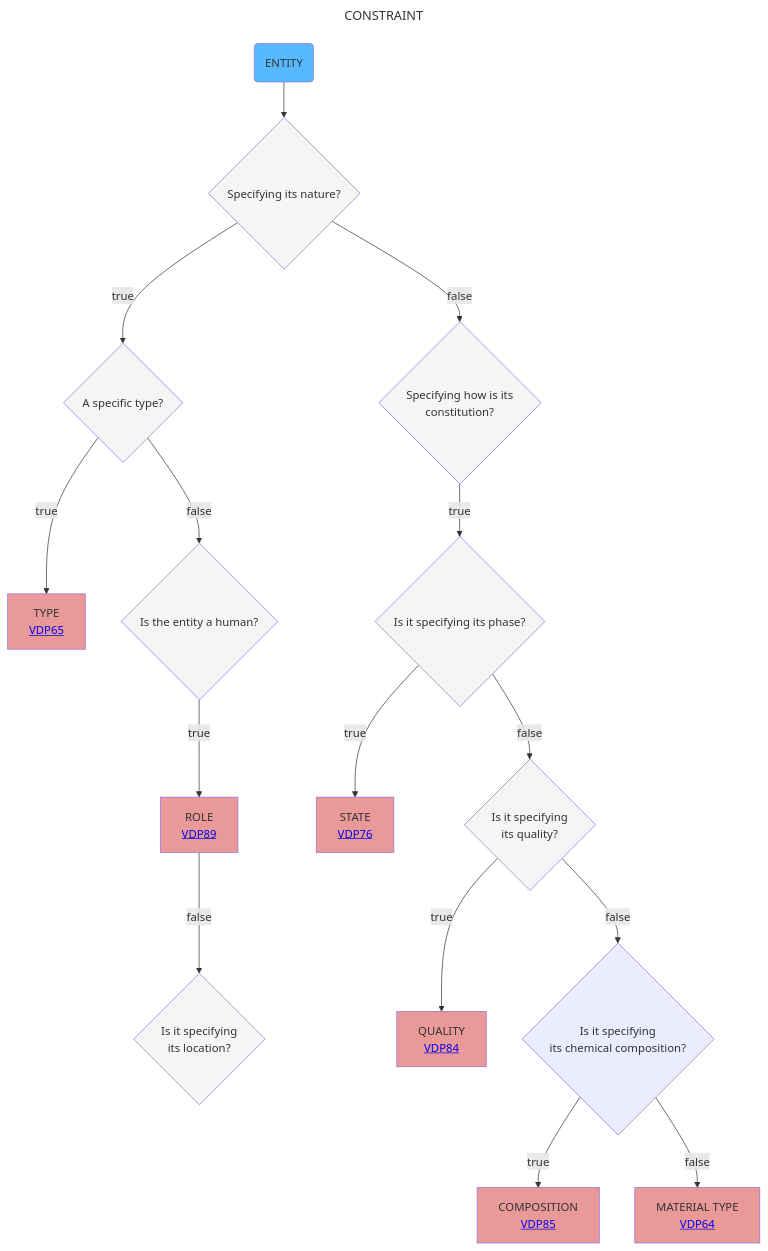
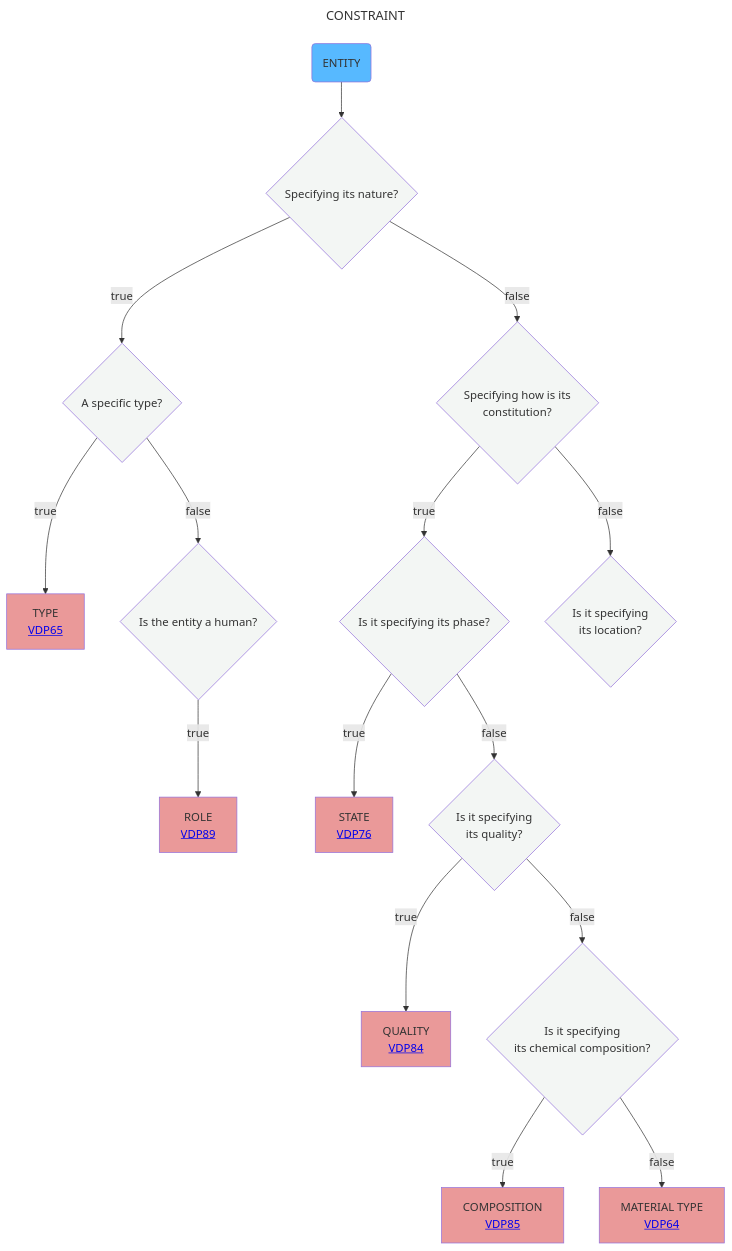
The diagram in Decisition_trees/DT8.mmd (mabablue/I-ADOPT-patterns-playground), drawn with Mermaid before and after one commit.

```diff
--- a/Decisition_trees/DT8.mmd
+++ b/Decisition_trees/DT8.mmd
@@ -1,24 +1,24 @@
 ---
 title: CONSTRAINT
 ---
 flowchart TD
     A(ENTITY):::satblue  --> AB{Specifying its nature?}:::white
     AB --> |true|B{A specific type?}:::white
     AB --> |false|E{Specifying how is its <br> constitution?}:::white
     B --> |true|C[TYPE <br> <a href='https://github.com/mabablue/I-ADOPT-patterns-playground/blob/main/pattern/VDP65.yaml'>VDP65</a>]:::rose
     B --> |false|D{Is the entity a human?}:::white
     D --> |true|F[ROLE <br> <a href='https://github.com/mabablue/I-ADOPT-patterns-playground/blob/main/pattern/VDP89.yaml'>VDP89</a>]:::rose
     E --> |true|G{Is it specifying its phase?}:::white
-    F --> |false|R{Is it specifying <br> its location?}:::white
+    E --> |false|R{Is it specifying <br> its location?}:::white
     G --> |true|H[STATE <br> <a href='https://github.com/mabablue/I-ADOPT-patterns-playground/blob/main/pattern/VDP76.yaml'>VDP76</a>]:::rose
     G --> |false|I{Is it specifying <br> its quality?}:::white
     I --> |true|K[QUALITY <br> <a href='https://github.com/mabablue/I-ADOPT-patterns-playground/blob/main/pattern/VDP84.yaml'>VDP84</a>]:::rose
-    I --> |false|L{Is it specifying <br> its chemical composition?}
+    I --> |false|L{Is it specifying <br> its chemical composition?}:::white
     L --> |true|M[COMPOSITION <br> <a href='https://github.com/mabablue/I-ADOPT-patterns-playground/blob/main/pattern/VDP85.yaml'>VDP85</a>]:::rose
     L --> |false|N[MATERIAL TYPE <br> <a href='https://github.com/mabablue/I-ADOPT-patterns-playground/blob/main/pattern/VDP64.yaml'>VDP64</a>]:::rose
    
    classDef blue fill:#90D5FF
    classDef satblue fill:#57B9FF 
    classDef white fill:#f3f6f4
    classDef green fill:#6aa84f
    classDef rose fill:#ea9999
```
